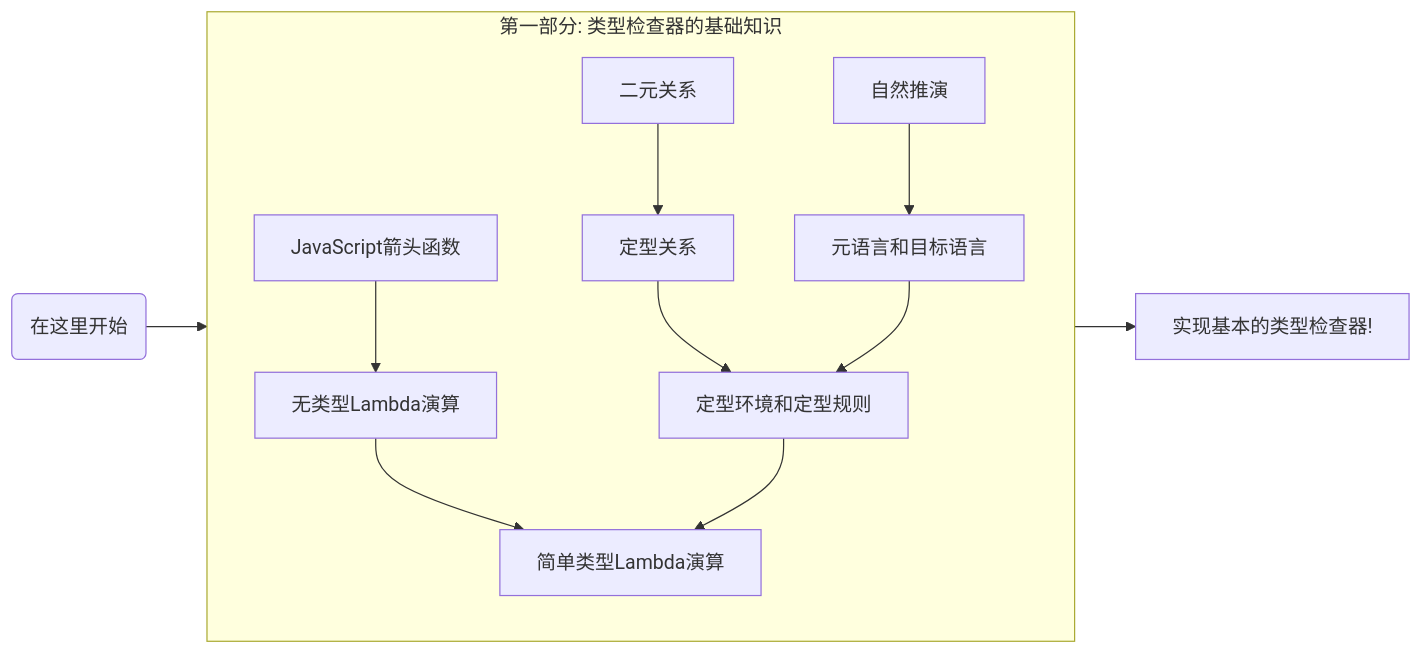
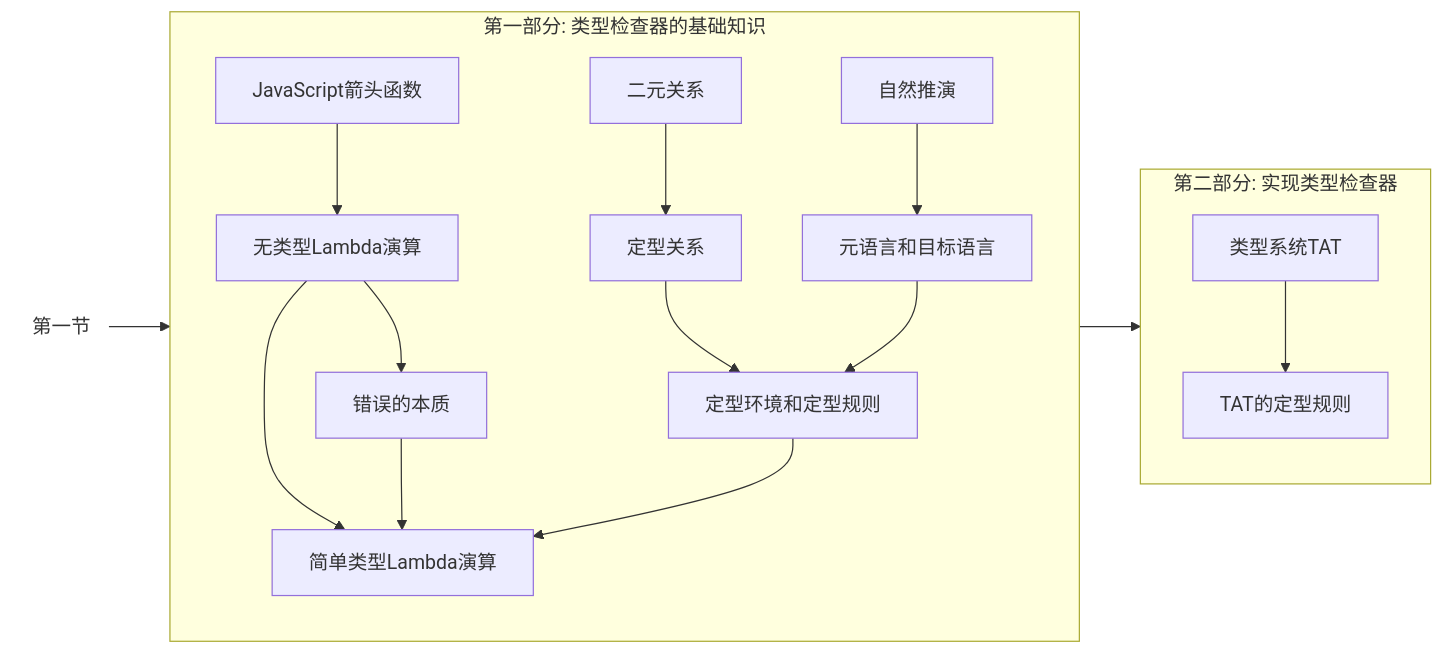
One commit to suica/write-you-a-typescript changed the first of 3 diagrams in slides/slides.md. Above: the diagram before and after it, drawn with Mermaid. The commit also changed other lines of this file, not shown here.

Commit message:
fix(section 2): amend road map

````diff
--- a/slides/slides.md
+++ b/slides/slides.md
@@ -443,16 +443,24 @@
 ```mermaid {scale: 0.9}
 flowchart LR
-  subgraph Basics[第一部分: 类型检查器的基础知识]
+  subgraph Part1[第一部分: 类型检查器的基础知识]
     direction TB
     ArrowFunction[JavaScript箭头函数] --> UTLC[无类型Lambda演算]
     UTLC --> STLC
     BinaryRelation[二元关系] --> TypingRelation[定型关系]
     TypingRelation --> TypingContext[定型环境和定型规则]
     TypingContext --> STLC[简单类型Lambda演算]
+    UTLC --> Error[错误的本质] --> STLC
     NaturalDeduction[自然推演] --> MetaLanguage
     MetaLanguage[元语言和目标语言] --> TypingContext
   end
 
-  Start(在这里开始) --> Basics --> SubGoal[实现基本的类型检查器!]
+  subgraph Part2[第二部分: 实现类型检查器]
+    direction TB
+    TAT[类型系统TAT] --> TATRules[TAT的定型规则]
+  end
+
+  Start(第一节) --> Part1 --> Part2
+  style Start fill:none,stroke:none
+
 
 ```
````
